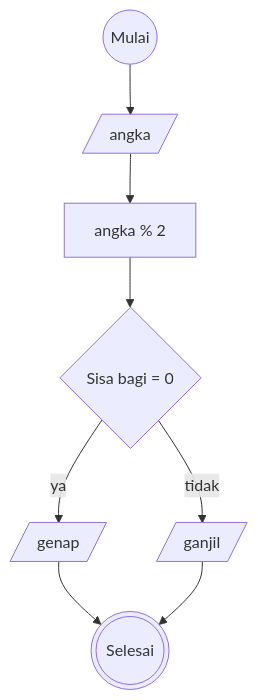
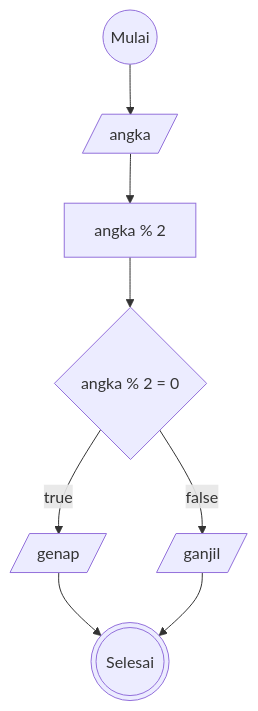
One commit to Arif14377/koda-b6-algoritma changed the diagram in flowchart-ganjil-genap.md. Above: the diagram before and after it, drawn with Mermaid.

````diff
--- a/flowchart-ganjil-genap.md
+++ b/flowchart-ganjil-genap.md
@@ -1,19 +1,19 @@
 ```mermaid
 flowchart TD
 start@{shape: circle, label: "Mulai"}
 stop@{shape: dbl-circ, label: "Selesai"}
 input@{ shape: lean-r, label: "angka"}
 proses@{ shape: rect, label: "angka % 2" }
-decision@{ shape: diamond, label: "Sisa bagi = 0" }
+decision@{ shape: diamond, label: "angka % 2 = 0" }
 ganjil@{ shape: lean-r, label: "ganjil"}
 genap@{ shape: lean-r, label: "genap"}
 
  start-->input
  input-->proses
  proses-->decision
- decision-- ya --> genap
- decision-- tidak --> ganjil
+ decision-- true --> genap
+ decision-- false --> ganjil
  genap-->stop
  ganjil-->stop
 
 ```
````
